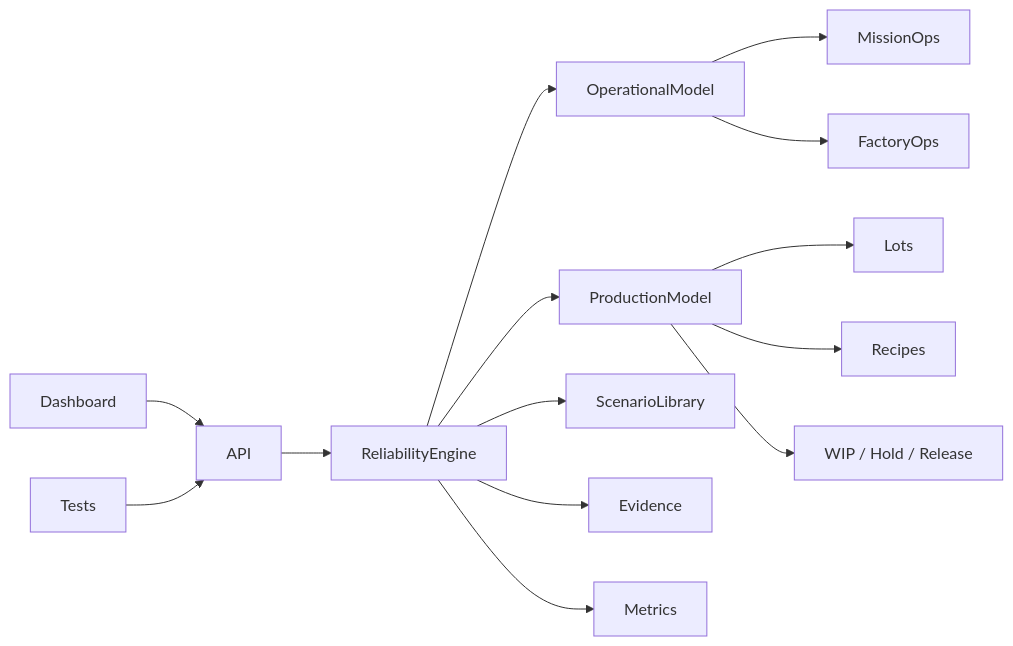
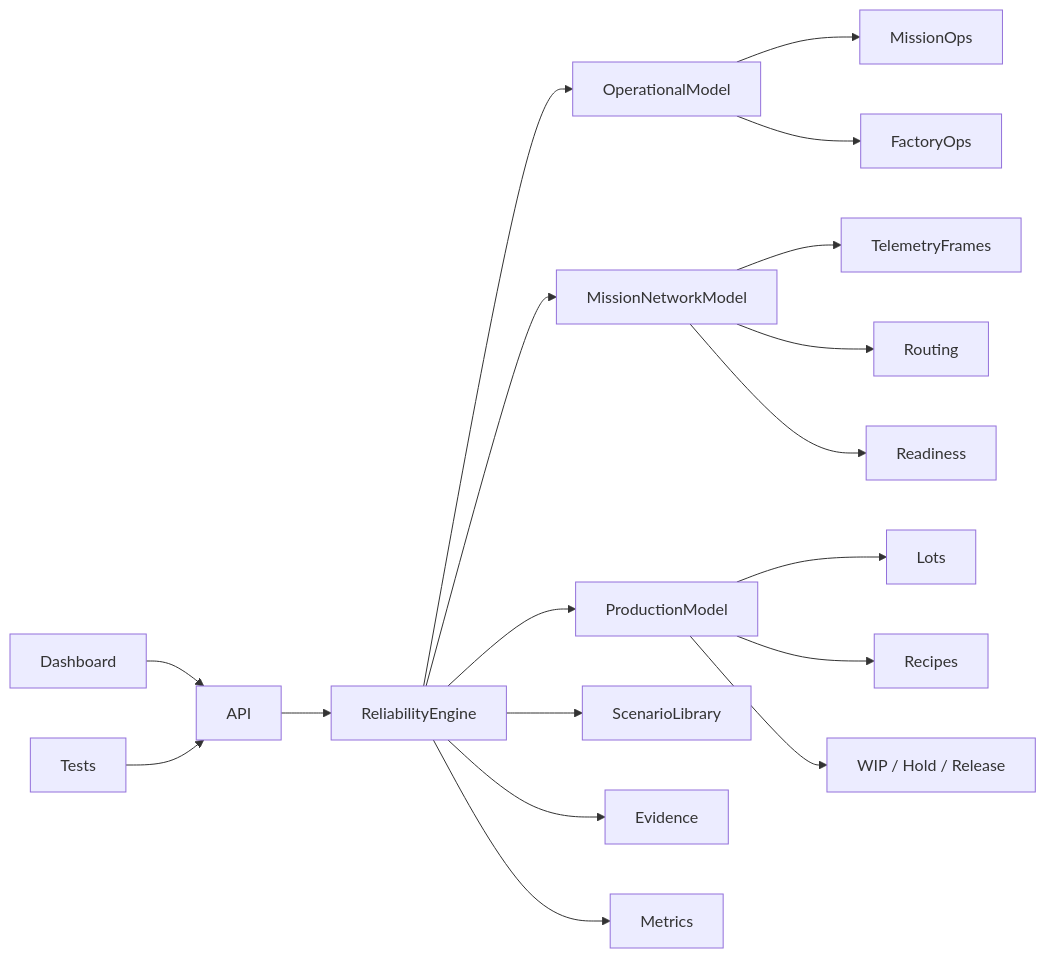
The diagram in README.md (Lordkoii/Orbital-Reliability-Lab), drawn with Mermaid before and after one commit. The commit also changed other lines of this file and 17 other files, not shown here.

````diff
--- a/README.md
+++ b/README.md
@@ -122,16 +150,20 @@
 ```mermaid
 flowchart LR
     Dashboard --> API
     Tests --> API
     API --> ReliabilityEngine
     ReliabilityEngine --> OperationalModel
+    ReliabilityEngine --> MissionNetworkModel
     ReliabilityEngine --> ProductionModel
     ReliabilityEngine --> ScenarioLibrary
     OperationalModel --> MissionOps
     OperationalModel --> FactoryOps
+    MissionNetworkModel --> TelemetryFrames
+    MissionNetworkModel --> Routing
+    MissionNetworkModel --> Readiness
     ProductionModel --> Lots
     ProductionModel --> Recipes
     ProductionModel --> MESState[WIP / Hold / Release]
     ReliabilityEngine --> Evidence
     ReliabilityEngine --> Metrics
 ```
````
